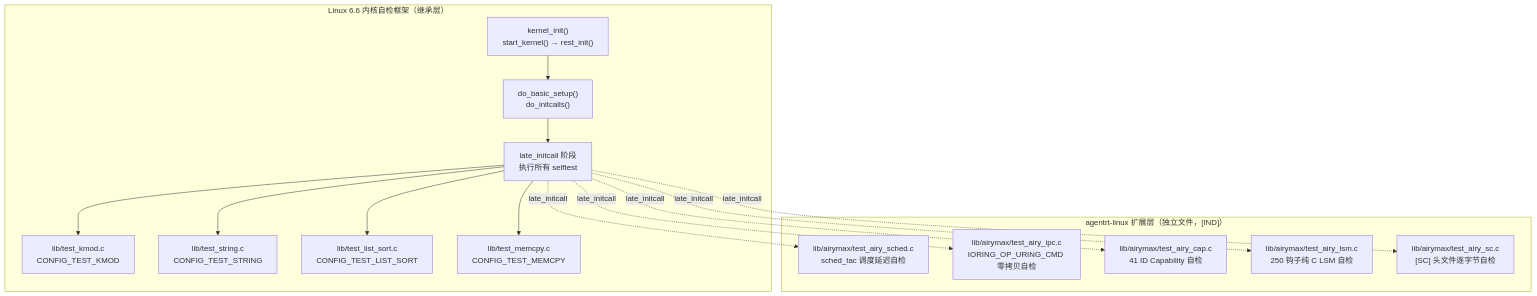
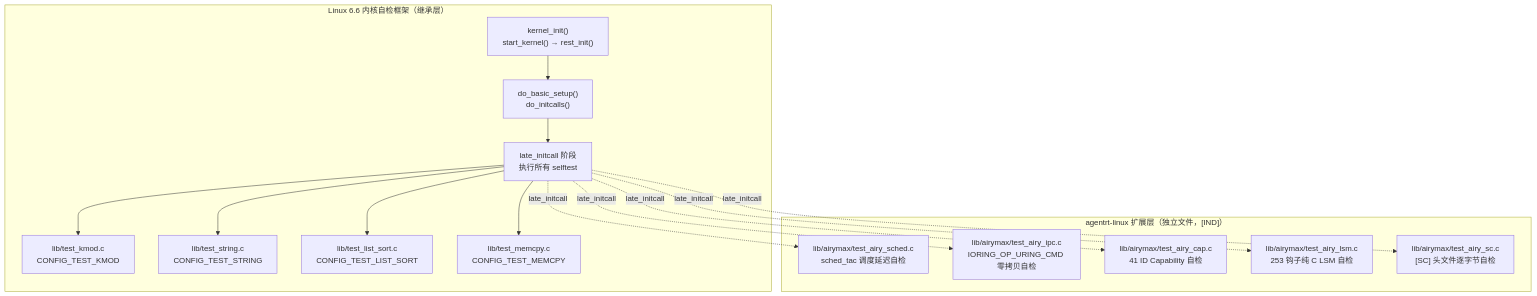
Before and after one commit to openairymax/docs: the diagram in AirymaxOS/80-testing/03-kernel-selftests.md, drawn with Mermaid. The commit also changed other lines of this file and 135 other files, not shown here.

````diff
--- a/AirymaxOS/80-testing/03-kernel-selftests.md
+++ b/AirymaxOS/80-testing/03-kernel-selftests.md
@@ -44,29 +44,29 @@
 ```mermaid
 flowchart TB
     subgraph "Linux 6.6 内核自检框架（继承层）"
         A["kernel_init()<br/>start_kernel() → rest_init()"]
         B["do_basic_setup()<br/>do_initcalls()"]
         C["late_initcall 阶段<br/>执行所有 selftest"]
         D["lib/test_kmod.c<br/>CONFIG_TEST_KMOD"]
         E["lib/test_string.c<br/>CONFIG_TEST_STRING"]
         F["lib/test_list_sort.c<br/>CONFIG_TEST_LIST_SORT"]
         G["lib/test_memcpy.c<br/>CONFIG_TEST_MEMCPY"]
     end
     A --> B --> C
     C --> D
     C --> E
     C --> F
     C --> G
     subgraph "agentrt-linux 扩展层（独立文件，[IND]）"
         H["lib/airymax/test_airy_sched.c<br/>sched_tac 调度延迟自检"]
         I["lib/airymax/test_airy_ipc.c<br/>IORING_OP_URING_CMD 零拷贝自检"]
         J["lib/airymax/test_airy_cap.c<br/>41 ID Capability 自检"]
-        K["lib/airymax/test_airy_lsm.c<br/>250 钩子纯 C LSM 自检"]
+        K["lib/airymax/test_airy_lsm.c<br/>253 钩子纯 C LSM 自检"]
         L["lib/airymax/test_airy_sc.c<br/>[SC] 头文件逐字节自检"]
     end
     C -.->|late_initcall| H
     C -.->|late_initcall| I
     C -.->|late_initcall| J
     C -.->|late_initcall| K
     C -.->|late_initcall| L
 ```
````
